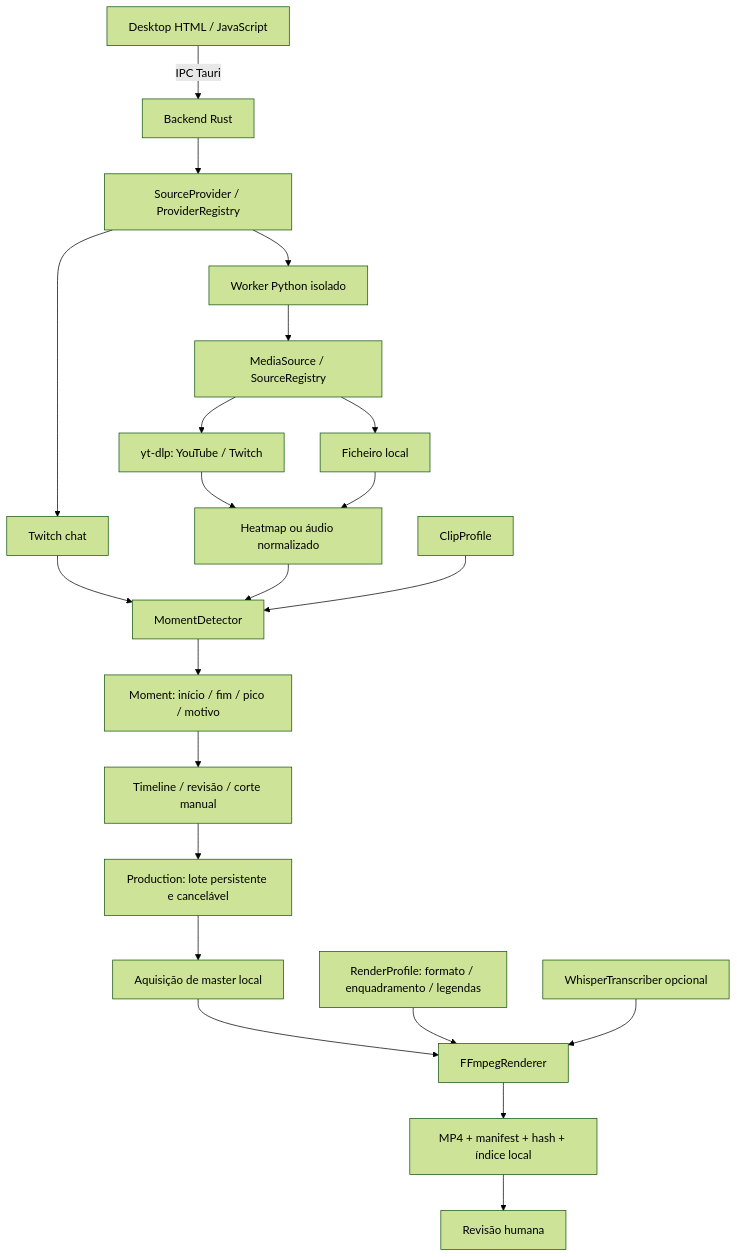
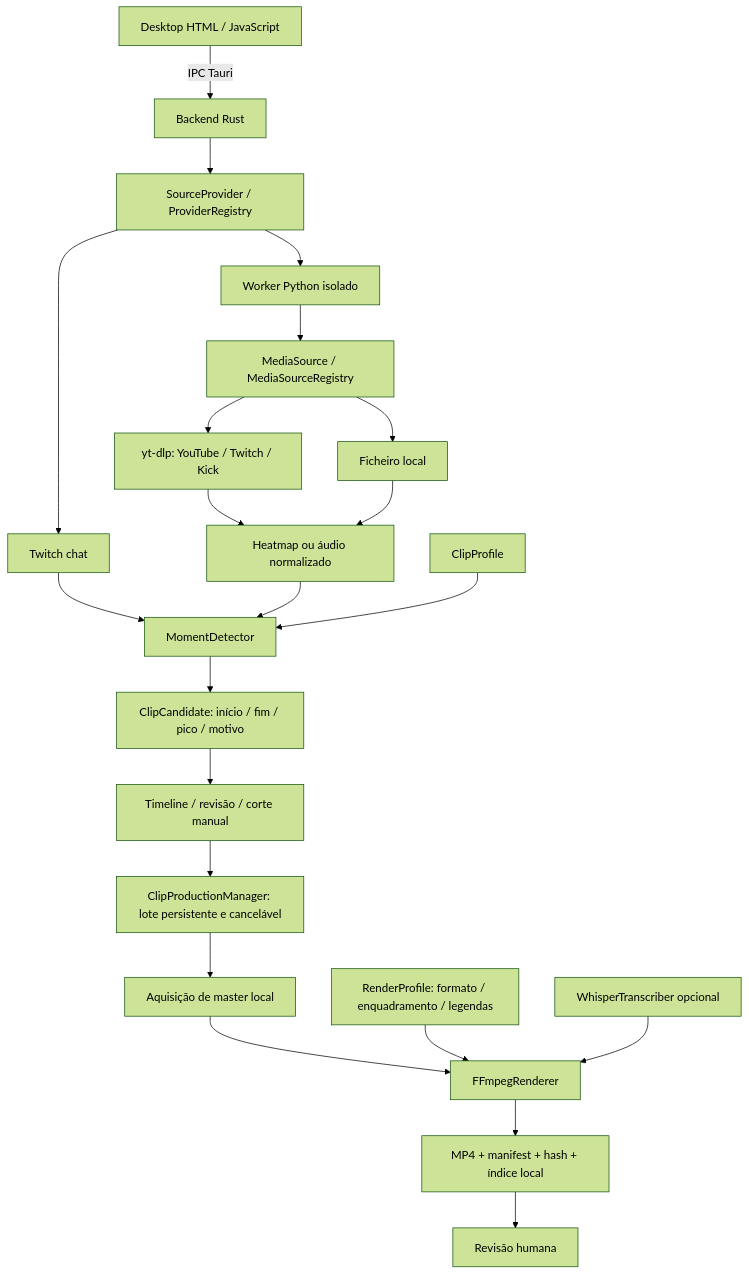
One commit to TomasPedreira/ChatScope changed the diagram in docs/media-pipeline.md. Above: the diagram before and after it, drawn with Mermaid (forest theme). The commit also changed other lines of this file and 53 other files, not shown here.

Commit message:
Refactor analysis and clip production into explicit modules

````diff
--- a/docs/media-pipeline.md
+++ b/docs/media-pipeline.md
@@ -6,24 +6,24 @@
 ```mermaid
 flowchart TB
   UI[Desktop HTML / JavaScript] -->|IPC Tauri| R[Backend Rust]
   R --> P[SourceProvider / ProviderRegistry]
   P --> T[Twitch chat]
   P --> W[Worker Python isolado]
-  W --> A[MediaSource / SourceRegistry]
-  A --> Y[yt-dlp: YouTube / Twitch]
+  W --> A[MediaSource / MediaSourceRegistry]
+  A --> Y[yt-dlp: YouTube / Twitch / Kick]
   A --> L[Ficheiro local]
   Y --> S[Heatmap ou áudio normalizado]
   L --> S
   T --> D[MomentDetector]
   S --> D
   C[ClipProfile] --> D
-  D --> M[Moment: início / fim / pico / motivo]
+  D --> M[ClipCandidate: início / fim / pico / motivo]
   M --> U[Timeline / revisão / corte manual]
-  U --> J[Production: lote persistente e cancelável]
+  U --> J[ClipProductionManager: lote persistente e cancelável]
   J --> V[Aquisição de master local]
   V --> F[FFmpegRenderer]
   E[RenderProfile: formato / enquadramento / legendas] --> F
   Q[WhisperTranscriber opcional] --> F
   F --> O[MP4 + manifest + hash + índice local]
   O --> H[Revisão humana]
 ```
````
